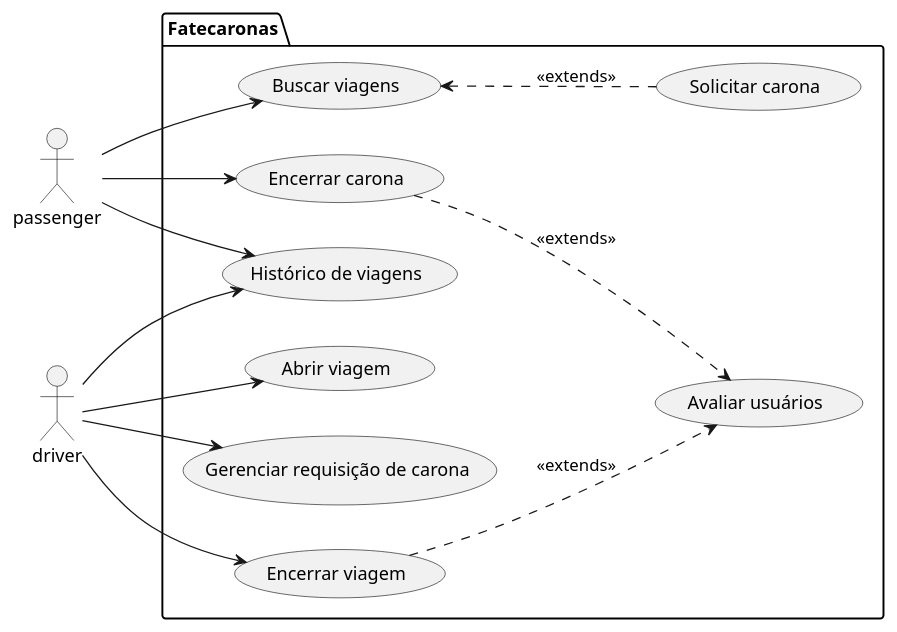
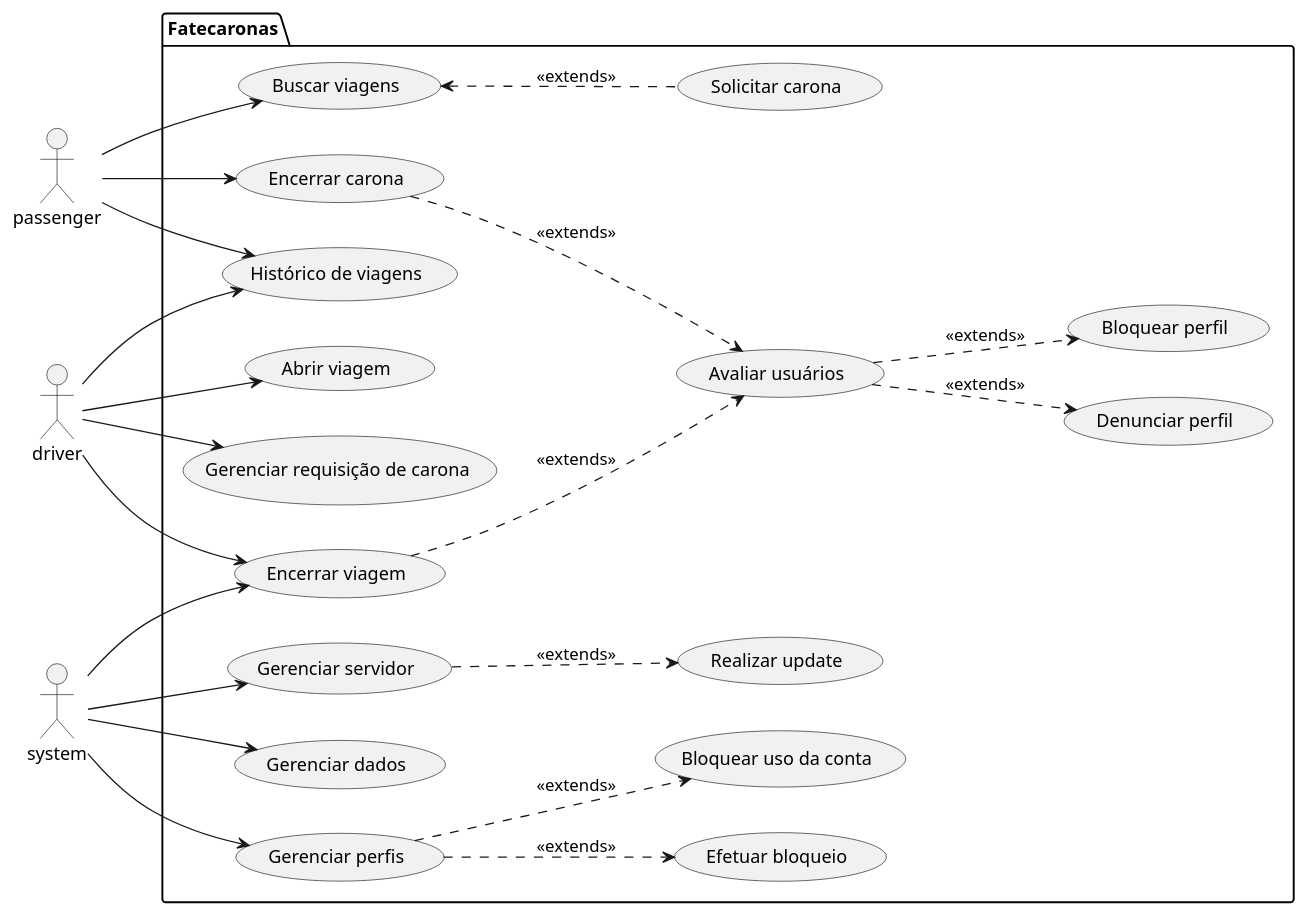
One commit to Vinicius0607/ProjetoES2 changed the diagram in uses_cases_fatecaronas.puml. Above: the diagram before and after it, drawn with PlantUML.

Commit message:
Update uses_cases_fatecaronas.puml (#1)
* Update uses_cases_fatecaronas.puml

* Update uses_cases_fatecaronas.puml

```diff
--- a/uses_cases_fatecaronas.puml
+++ b/uses_cases_fatecaronas.puml
@@ -1,32 +1,50 @@
 @startuml Fatecaronas
 left to right direction
 
 ' Actors
 actor passenger as p
 actor driver as d
+actor system as a
 
 package "Fatecaronas" {
     ' Usecases
     usecase "Buscar viagens" as UC1
     usecase "Solicitar carona" as UC2
     usecase "Encerrar carona" as UC3
     usecase "Histórico de viagens" as UC5
     usecase "Avaliar usuários" as UC6
     usecase "Abrir viagem" as UC7
     usecase "Gerenciar requisição de carona" as UC8
     usecase "Encerrar viagem" as UC9
+    usecase "Denunciar perfil" as UC10
+    usecase "Bloquear perfil" as UC11
+    usecase "Gerenciar servidor" as UC12
+    usecase "Gerenciar dados" as UC13
+    usecase "Gerenciar perfis" as UC14
+    usecase "Efetuar bloqueio" as UC15
+    usecase "Bloquear uso da conta" as UC16
+    usecase "Realizar update" as UC17
 }
 
 ' Relations
 p --> UC1
 p --> UC3
 p --> UC5
 UC1 <.. UC2: <<extends>>
 UC3 ..> UC6: <<extends>>
 UC9 ..> UC6: <<extends>>
+UC6 ..> UC10: <<extends>>
+UC6 ..> UC11: <<extends>>
 d --> UC7
 d --> UC8
+a --> UC9
 d --> UC9
 d --> UC5
+a --> UC12
+a --> UC13
+a --> UC14
+UC12 ..> UC17: <<extends>>
+UC14 ..> UC15: <<extends>>
+UC14 ..> UC16: <<extends>>
 
 @enduml
```
